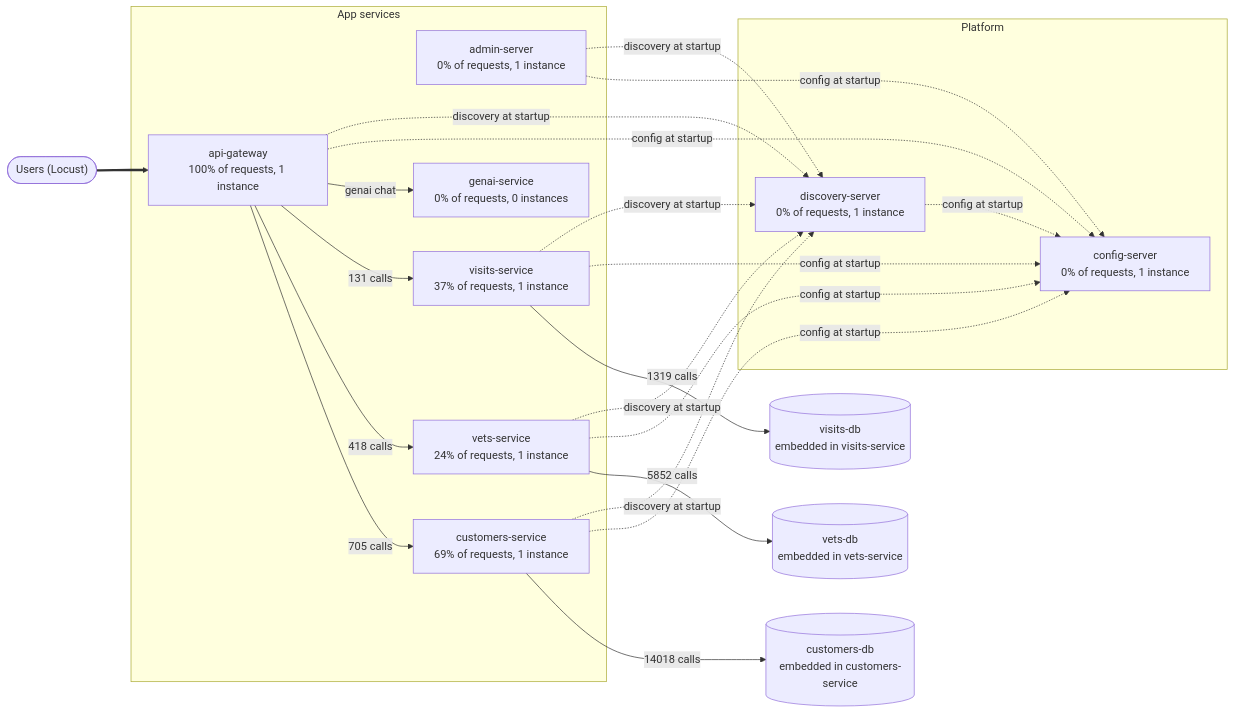
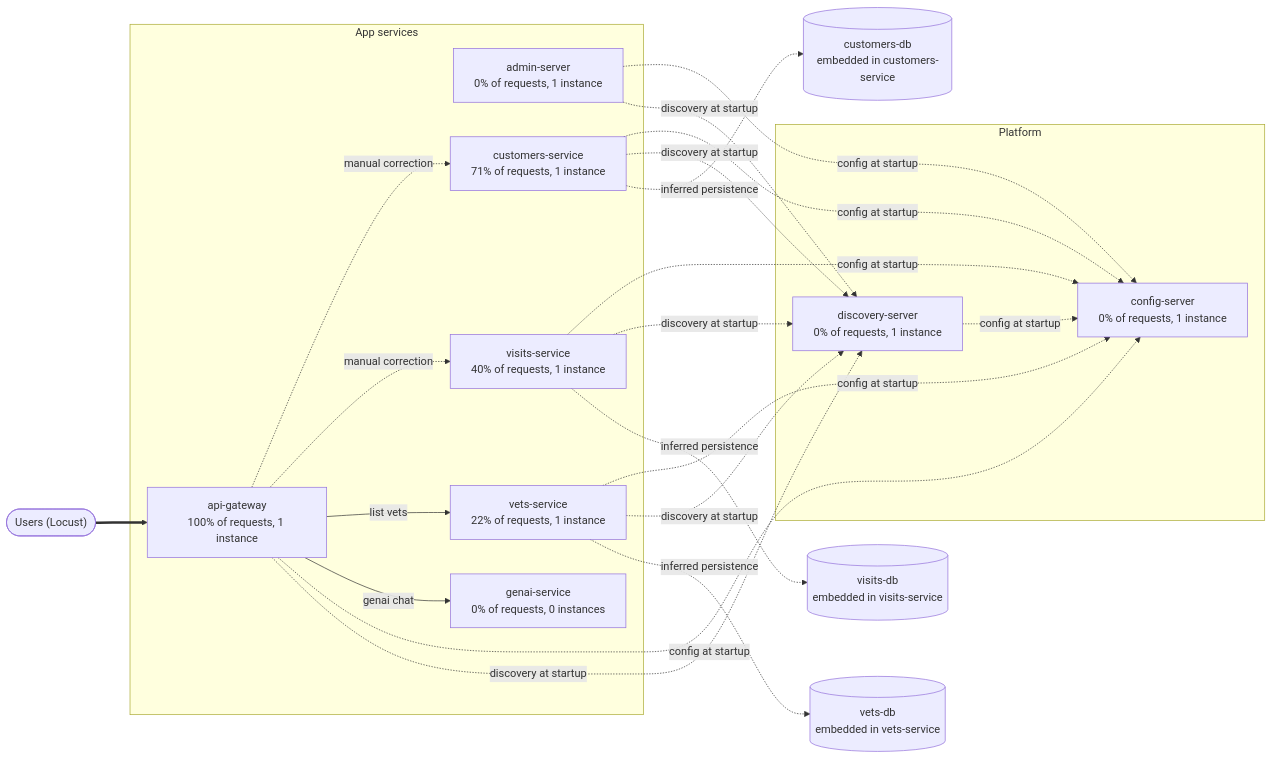
One commit to SinghChinmayy/chaoslab-petclinic changed the diagram in reports/dependency-map.md. Above: the diagram before and after it, drawn with Mermaid. The commit also changed other lines of this file and 14 other files, not shown here.

````diff
--- a/reports/dependency-map.md
+++ b/reports/dependency-map.md
@@ -5,38 +5,38 @@
 ```mermaid
 flowchart LR
   users(["Users (Locust)"])
   subgraph app["App services"]
     api_gateway["api-gateway<br/>100% of requests, 1 instance"]
     admin_server["admin-server<br/>0% of requests, 1 instance"]
-    customers_service["customers-service<br/>69% of requests, 1 instance"]
-    vets_service["vets-service<br/>24% of requests, 1 instance"]
-    visits_service["visits-service<br/>37% of requests, 1 instance"]
+    customers_service["customers-service<br/>71% of requests, 1 instance"]
+    vets_service["vets-service<br/>22% of requests, 1 instance"]
+    visits_service["visits-service<br/>40% of requests, 1 instance"]
     genai_service["genai-service<br/>0% of requests, 0 instances"]
   end
   subgraph platform["Platform"]
     config_server["config-server<br/>0% of requests, 1 instance"]
     discovery_server["discovery-server<br/>0% of requests, 1 instance"]
   end
+  customers_db[("customers-db<br/>embedded in customers-service")]
   visits_db[("visits-db<br/>embedded in visits-service")]
-  customers_db[("customers-db<br/>embedded in customers-service")]
   vets_db[("vets-db<br/>embedded in vets-service")]
   users ==> api_gateway
-  api_gateway -->|"705 calls"| customers_service
-  api_gateway -->|"418 calls"| vets_service
-  api_gateway -->|"131 calls"| visits_service
-  customers_service -->|"14018 calls"| customers_db
-  vets_service -->|"5852 calls"| vets_db
-  visits_service -->|"1319 calls"| visits_db
+  api_gateway -.->|"manual correction"| customers_service
+  api_gateway -.->|"manual correction"| visits_service
+  api_gateway -->|"list vets"| vets_service
   api_gateway -->|"genai chat"| genai_service
   discovery_server -.->|"config at startup"| config_server
   customers_service -.->|"config at startup"| config_server
   visits_service -.->|"config at startup"| config_server
   vets_service -.->|"config at startup"| config_server
   api_gateway -.->|"config at startup"| config_server
   admin_server -.->|"config at startup"| config_server
   customers_service -.->|"discovery at startup"| discovery_server
   visits_service -.->|"discovery at startup"| discovery_server
   vets_service -.->|"discovery at startup"| discovery_server
   api_gateway -.->|"discovery at startup"| discovery_server
   admin_server -.->|"discovery at startup"| discovery_server
+  customers_service -.->|"inferred persistence"| customers_db
+  visits_service -.->|"inferred persistence"| visits_db
+  vets_service -.->|"inferred persistence"| vets_db
 ```
````
